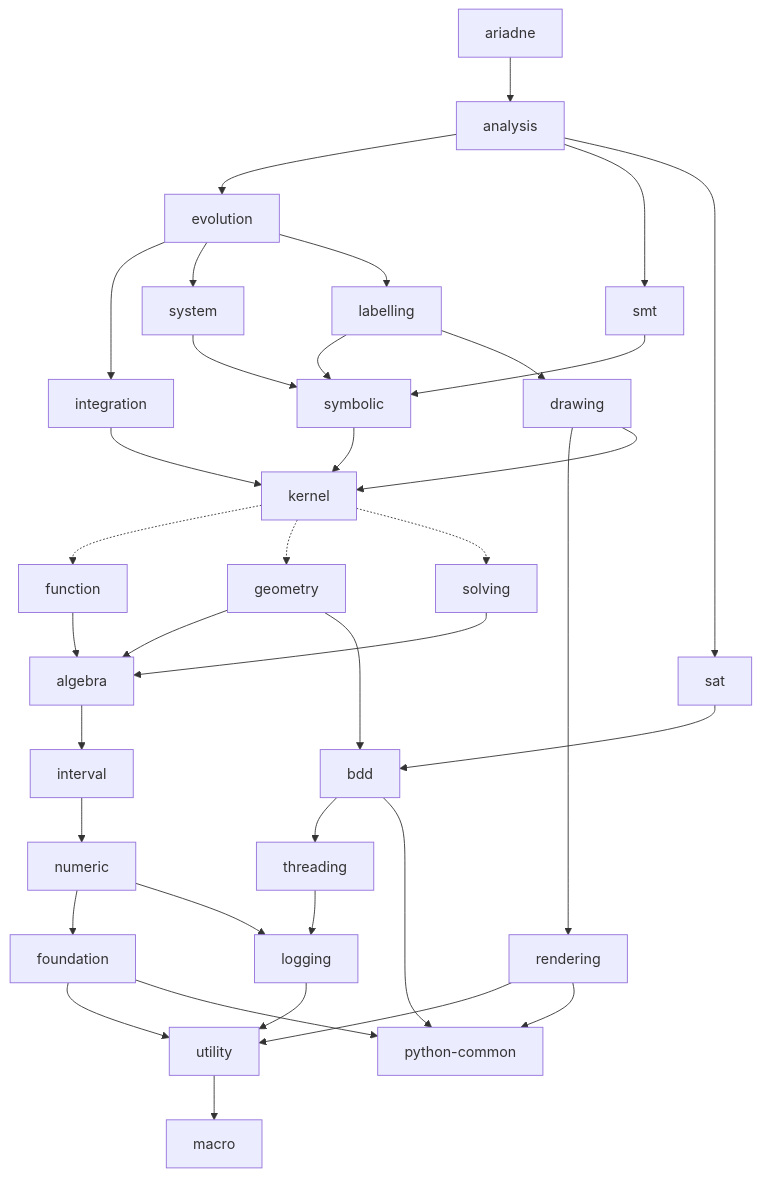
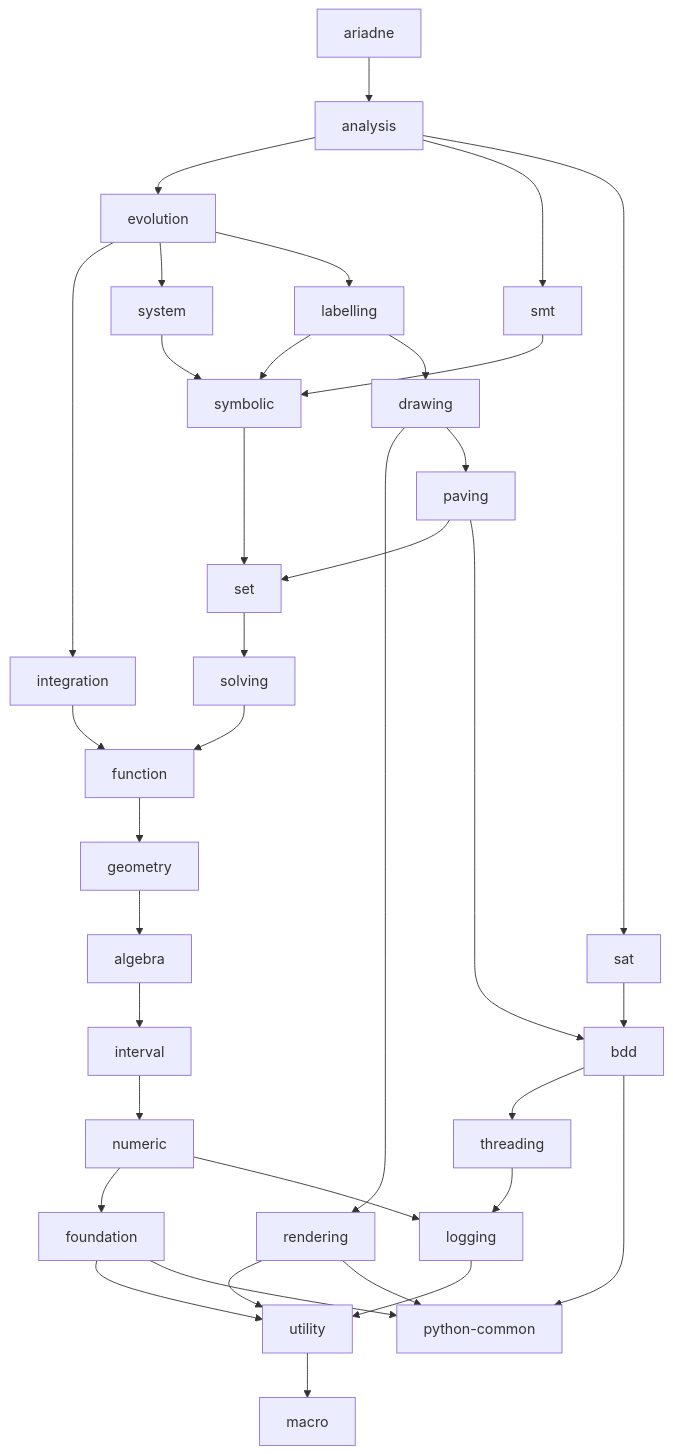
The diagram in doc/decoupling/structure.md (ariadne-cps/ariadne), drawn with Mermaid before and after one commit. The commit also changed other lines of this file, not shown here.

Commit message:
docs: update decoupling dependency structure without kernel aggregate

````diff
--- a/doc/decoupling/structure.md
+++ b/doc/decoupling/structure.md
@@ -39,54 +40,53 @@
 ```mermaid
 graph TD
     ariadne --> analysis
 
     analysis --> evolution
     analysis --> smt
     analysis --> sat
 
     evolution --> integration
     evolution --> system
     evolution --> labelling
 
-    integration --> kernel
+    integration --> function
 
     system --> symbolic
 
     smt --> symbolic
 
     sat --> bdd
 
     labelling --> symbolic
     labelling --> drawing
 
     drawing --> rendering
-    drawing --> kernel
+    drawing --> paving
 
-    symbolic --> kernel
+    symbolic --> set
 
-    function --> algebra
+    paving --> set
+    paving --> bdd
+    set --> solving
+    solving --> function
+    function --> geometry
     geometry --> algebra
-    solving --> algebra
-    geometry --> bdd
+
     rendering --> utility
     rendering --> python_common
-
-    kernel -.-> function
-    kernel -.-> geometry
-    kernel -.-> solving
 
     bdd --> threading
     bdd --> python_common["python-common"]
 
     threading --> logging
     logging --> utility
     utility --> macro
 
     algebra --> interval
     interval --> numeric
     numeric --> foundation
     numeric --> logging
 
     foundation --> utility
     foundation --> python_common
 ```
````
